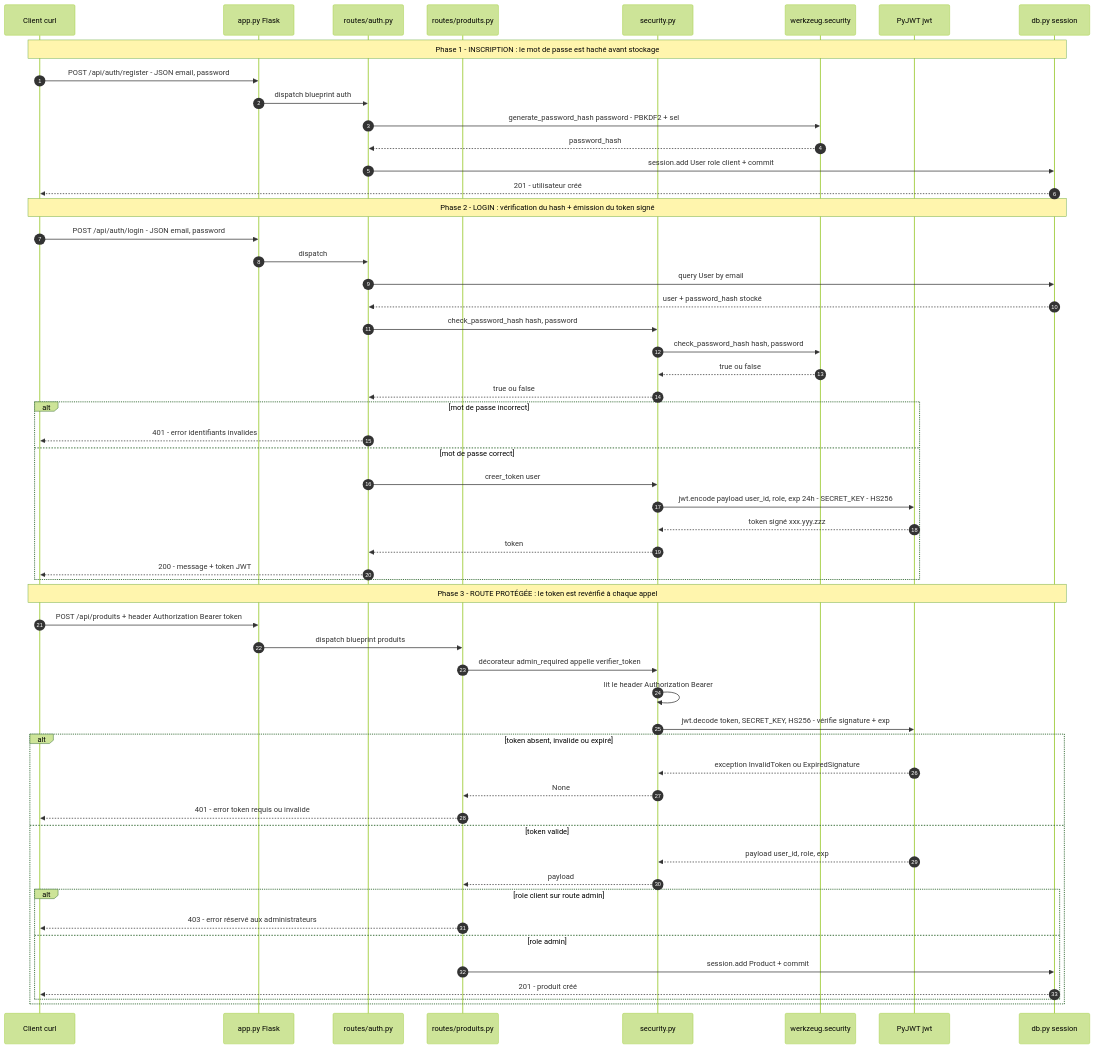
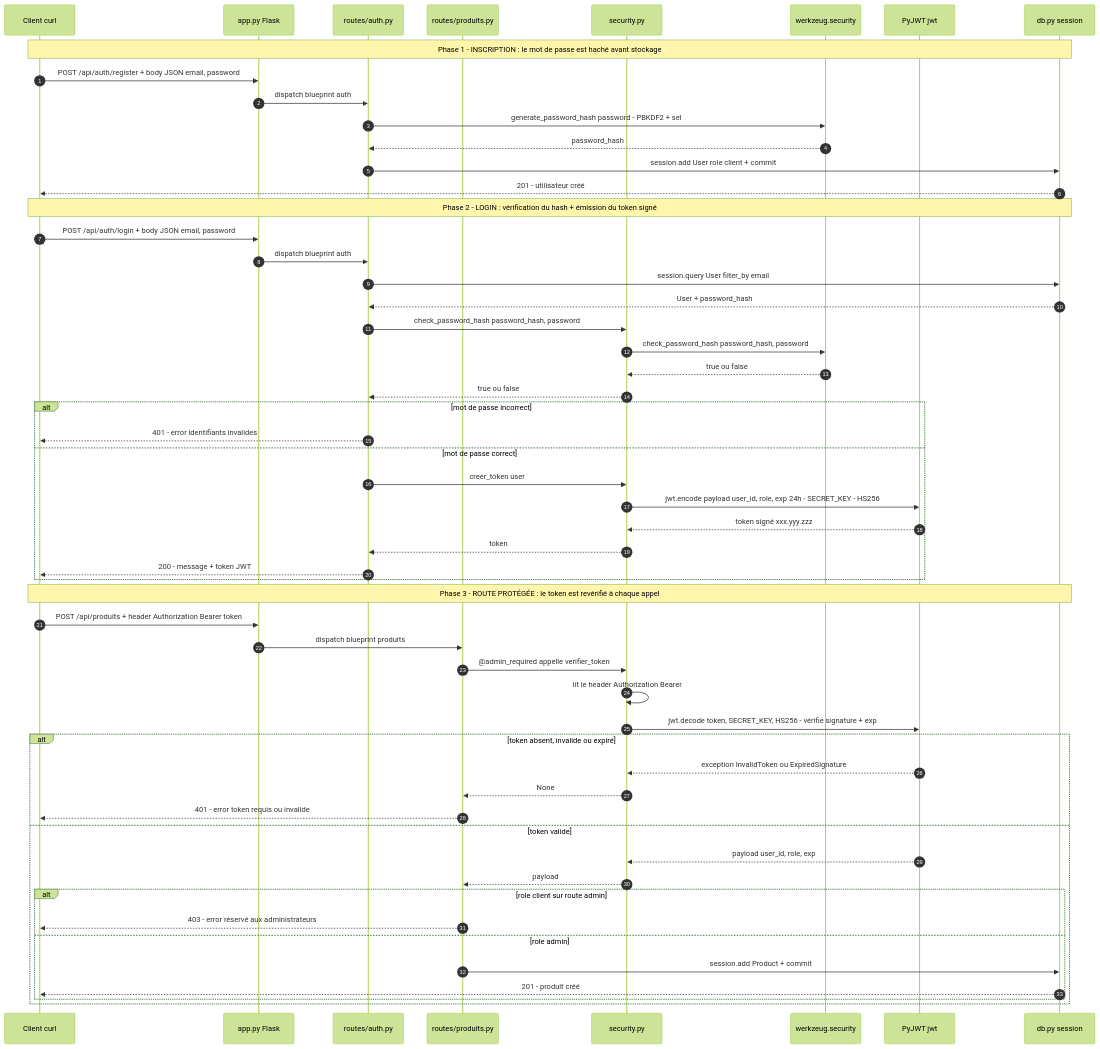
Before and after one commit to ericlacombe/mon-projet-handson-python: the ninth of 9 diagrams in docs/uml-projet.md, drawn with Mermaid (forest theme). The commit also changed other lines of this file, not shown here.

Commit message:
docs(uml-projet.md) : harmonise les étiquettes des flèches des 3 séquences au style code complet - dispatch blueprint X, session.query User filter_by email, @login_required appelle verifier_token, etc.

````diff
--- a/docs/uml-projet.md
+++ b/docs/uml-projet.md
@@ -342,62 +344,62 @@
 ```mermaid
 %% LÉGENDE séquence : participant = ligne de vie · ->> appel synchrone · -->> retour · Note over = phase · alt/else = branche UML · autonumber = ordre des messages
 %% Règle anti-erreur : aucune parenthèse dans les étiquettes
 sequenceDiagram
     autonumber
     participant C as Client curl
     participant F as app.py Flask
     participant RA as routes/auth.py
     participant RP as routes/produits.py
     participant S as security.py
     participant W as werkzeug.security
     participant J as PyJWT jwt
     participant D as db.py session
 
     Note over C,D: Phase 1 - INSCRIPTION : le mot de passe est haché avant stockage
-    C->>F: POST /api/auth/register - JSON email, password
+    C->>F: POST /api/auth/register + body JSON email, password
     F->>RA: dispatch blueprint auth
     RA->>W: generate_password_hash password - PBKDF2 + sel
     W-->>RA: password_hash
     RA->>D: session.add User role client + commit
     D-->>C: 201 - utilisateur créé
 
     Note over C,D: Phase 2 - LOGIN : vérification du hash + émission du token signé
-    C->>F: POST /api/auth/login - JSON email, password
-    F->>RA: dispatch
-    RA->>D: query User by email
-    D-->>RA: user + password_hash stocké
-    RA->>S: check_password_hash hash, password
-    S->>W: check_password_hash hash, password
+    C->>F: POST /api/auth/login + body JSON email, password
+    F->>RA: dispatch blueprint auth
+    RA->>D: session.query User filter_by email
+    D-->>RA: User + password_hash
+    RA->>S: check_password_hash password_hash, password
+    S->>W: check_password_hash password_hash, password
     W-->>S: true ou false
     S-->>RA: true ou false
     alt mot de passe incorrect
         RA-->>C: 401 - error identifiants invalides
     else mot de passe correct
         RA->>S: creer_token user
         S->>J: jwt.encode payload user_id, role, exp 24h - SECRET_KEY - HS256
         J-->>S: token signé xxx.yyy.zzz
         S-->>RA: token
         RA-->>C: 200 - message + token JWT
     end
 
     Note over C,D: Phase 3 - ROUTE PROTÉGÉE : le token est revérifié à chaque appel
     C->>F: POST /api/produits + header Authorization Bearer token
     F->>RP: dispatch blueprint produits
-    RP->>S: décorateur admin_required appelle verifier_token
+    RP->>S: @admin_required appelle verifier_token
     S->>S: lit le header Authorization Bearer
     S->>J: jwt.decode token, SECRET_KEY, HS256 - vérifie signature + exp
     alt token absent, invalide ou expiré
         J-->>S: exception InvalidToken ou ExpiredSignature
         S-->>RP: None
         RP-->>C: 401 - error token requis ou invalide
     else token valide
         J-->>S: payload user_id, role, exp
         S-->>RP: payload
         alt role client sur route admin
             RP-->>C: 403 - error réservé aux administrateurs
         else role admin
             RP->>D: session.add Product + commit
             D-->>C: 201 - produit créé
         end
     end
 ```
````
